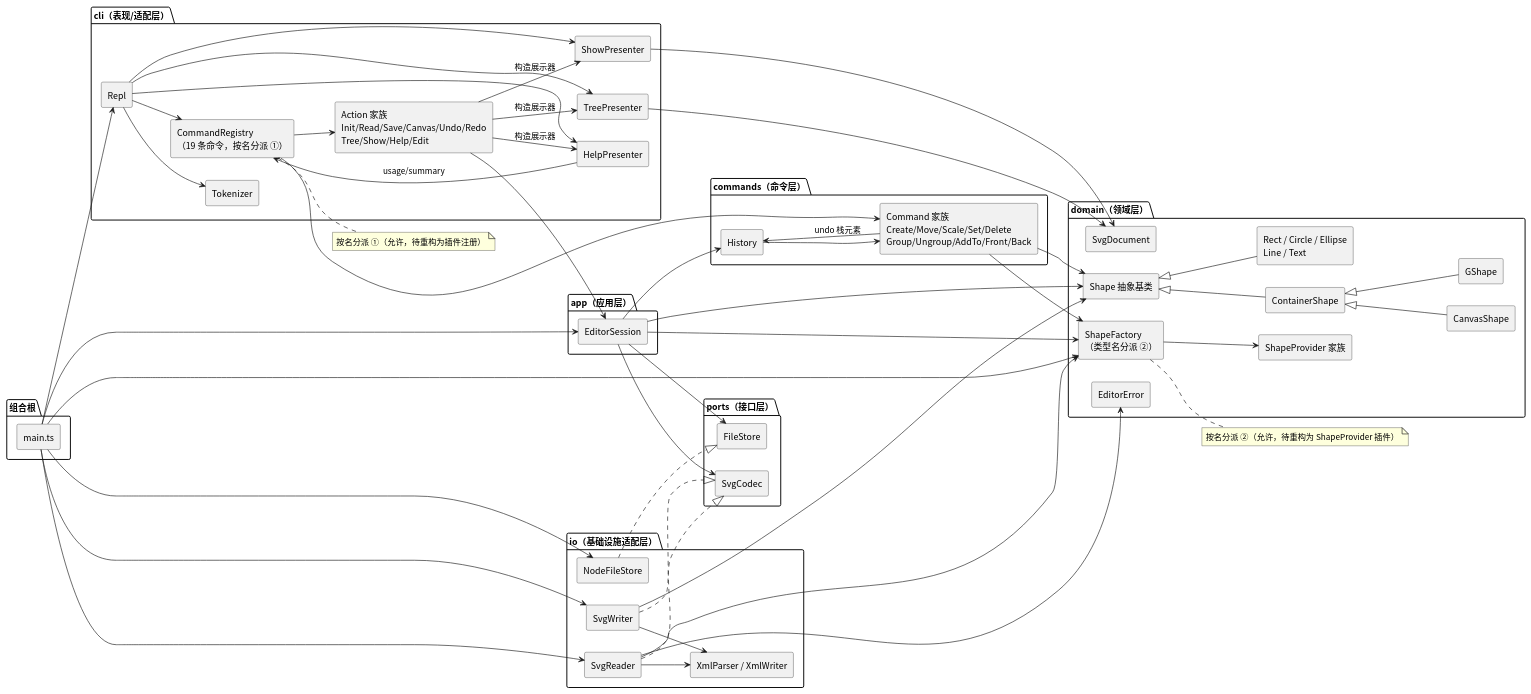
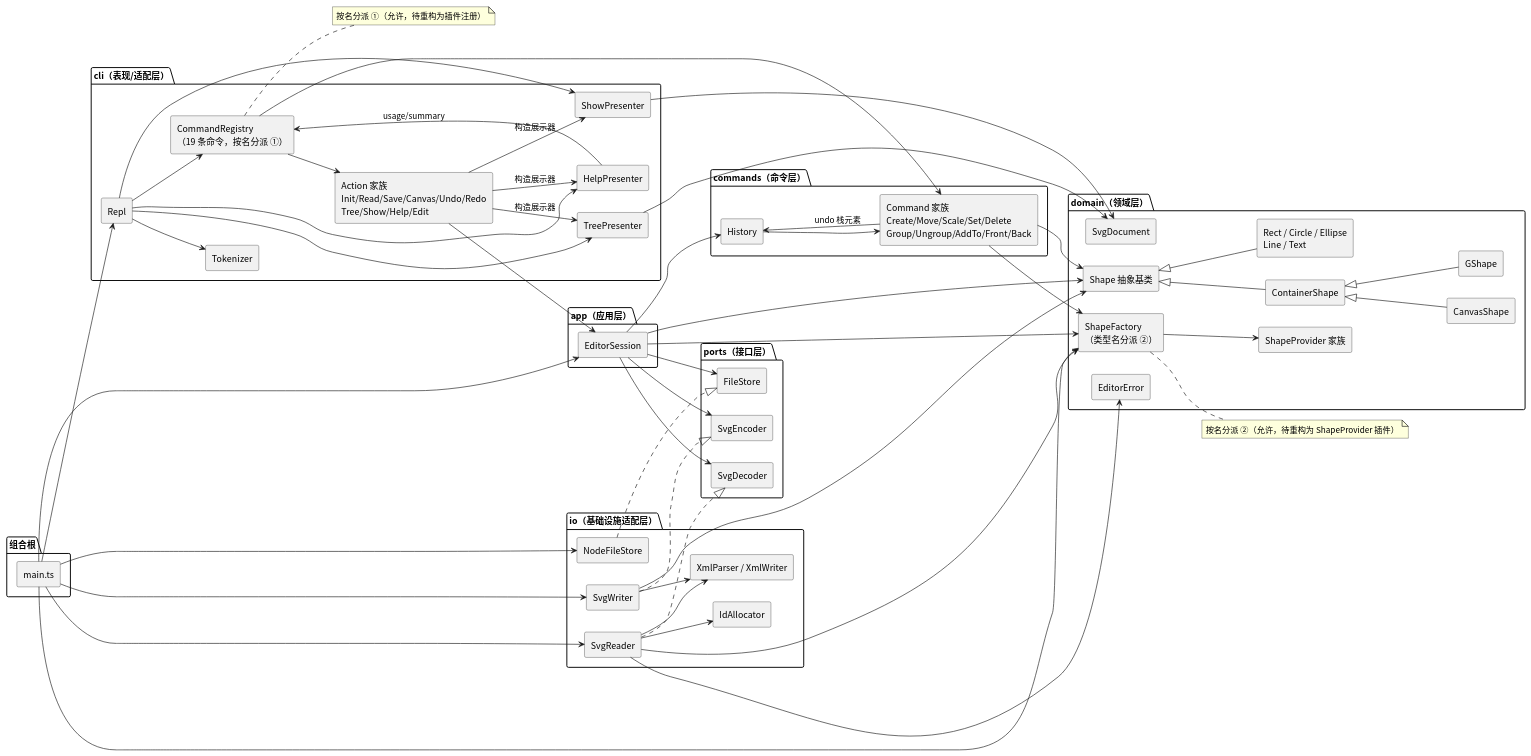
The diagram in doc/diagrams/architecture.puml (SummerBirdLin/PJ_SVG_Editor), drawn with PlantUML before and after one commit. The commit also changed 3 other files, not shown here.

Commit message:
docs: 接口命名（SvgDecoder/SvgEncoder）与组件图同步，README 示例对齐实际输出

```diff
--- a/doc/diagrams/architecture.puml
+++ b/doc/diagrams/architecture.puml
@@ -1,109 +1,113 @@
 @startuml svg-editor-architecture
 skinparam componentStyle rectangle
 skinparam shadowing false
 skinparam defaultFontName "Noto Sans CJK SC"
 left to right direction
 
 package "cli（表现/适配层）" {
   [Repl] as Repl
   [Tokenizer] as Tokenizer
   [CommandRegistry\n（19 条命令，按名分派 ①）] as CmdReg
   [Action 家族\nInit/Read/Save/Canvas/Undo/Redo\nTree/Show/Help/Edit] as Actions
   [TreePresenter] as TreePresenter
   [ShowPresenter] as ShowPresenter
   [HelpPresenter] as HelpPresenter
 }
 
 package "app（应用层）" {
   [EditorSession] as Session
 }
 
 package "commands（命令层）" {
   [History] as History
   [Command 家族\nCreate/Move/Scale/Set/Delete\nGroup/Ungroup/AddTo/Front/Back] as CmdFamily
 }
 
 package "domain（领域层）" {
   [SvgDocument] as Doc
   [Shape 抽象基类] as Shape
   [ContainerShape] as Container
   [CanvasShape] as Canvas
   [GShape] as G
   [Rect / Circle / Ellipse\nLine / Text] as Leaves
   [ShapeFactory\n（类型名分派 ②）] as Factory
   [ShapeProvider 家族] as Providers
   [EditorError] as Err
 }
 
 package "ports（接口层）" {
   [FileStore] as FileStore
-  [SvgCodec] as Codec
+  [SvgDecoder] as Decoder
+  [SvgEncoder] as Encoder
 }
 
 package "io（基础设施适配层）" {
   [NodeFileStore] as NodeFS
   [SvgReader] as Reader
   [SvgWriter] as Writer
   [XmlParser / XmlWriter] as Xml
+  [IdAllocator] as Ids
 }
 
 package "组合根" {
   [main.ts] as Main
 }
 
 Repl --> Tokenizer
 Repl --> CmdReg
 Repl --> TreePresenter
 Repl --> ShowPresenter
 Repl --> HelpPresenter
 CmdReg --> CmdFamily
 CmdReg --> Actions
 Actions --> Session
 Actions --> TreePresenter : 构造展示器
 Actions --> ShowPresenter : 构造展示器
 Actions --> HelpPresenter : 构造展示器
 TreePresenter --> Doc
 ShowPresenter --> Doc
 HelpPresenter --> CmdReg : usage/summary
 
 Session --> History
 Session --> Factory
 Session --> Shape
 Session --> FileStore
-Session --> Codec
+Session --> Decoder
+Session --> Encoder
 
 CmdFamily --> Shape
 CmdFamily --> Factory
 CmdFamily --> History : undo 栈元素
 
 History --> CmdFamily
 
-Reader ..|> Codec
-Writer ..|> Codec
+Reader ..|> Decoder
+Writer ..|> Encoder
 NodeFS ..|> FileStore
 Reader --> Xml
 Writer --> Xml
+Reader --> Ids
 Reader --> Factory
 Writer --> Shape
 Reader --> Err
 
 Container <|-- Canvas
 Container <|-- G
 Shape <|-- Container
 Shape <|-- Leaves
 Factory --> Providers
 
 Main --> Repl
 Main --> Session
 Main --> NodeFS
 Main --> Reader
 Main --> Writer
 Main --> Factory
 
 note right of CmdReg
   按名分派 ①（允许，待重构为插件注册）
 end note
 note right of Factory
   按名分派 ②（允许，待重构为 ShapeProvider 插件）
 end note
 @enduml
```
